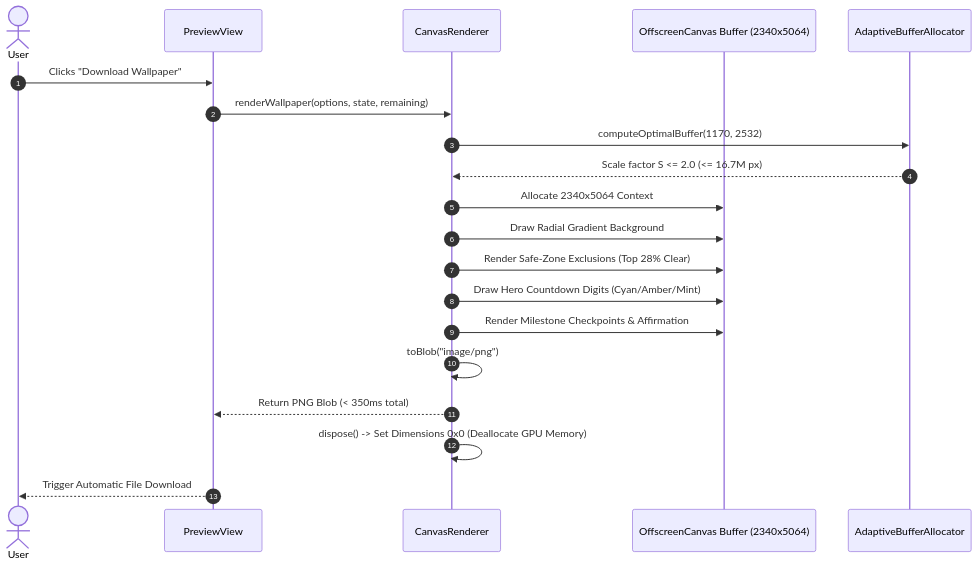
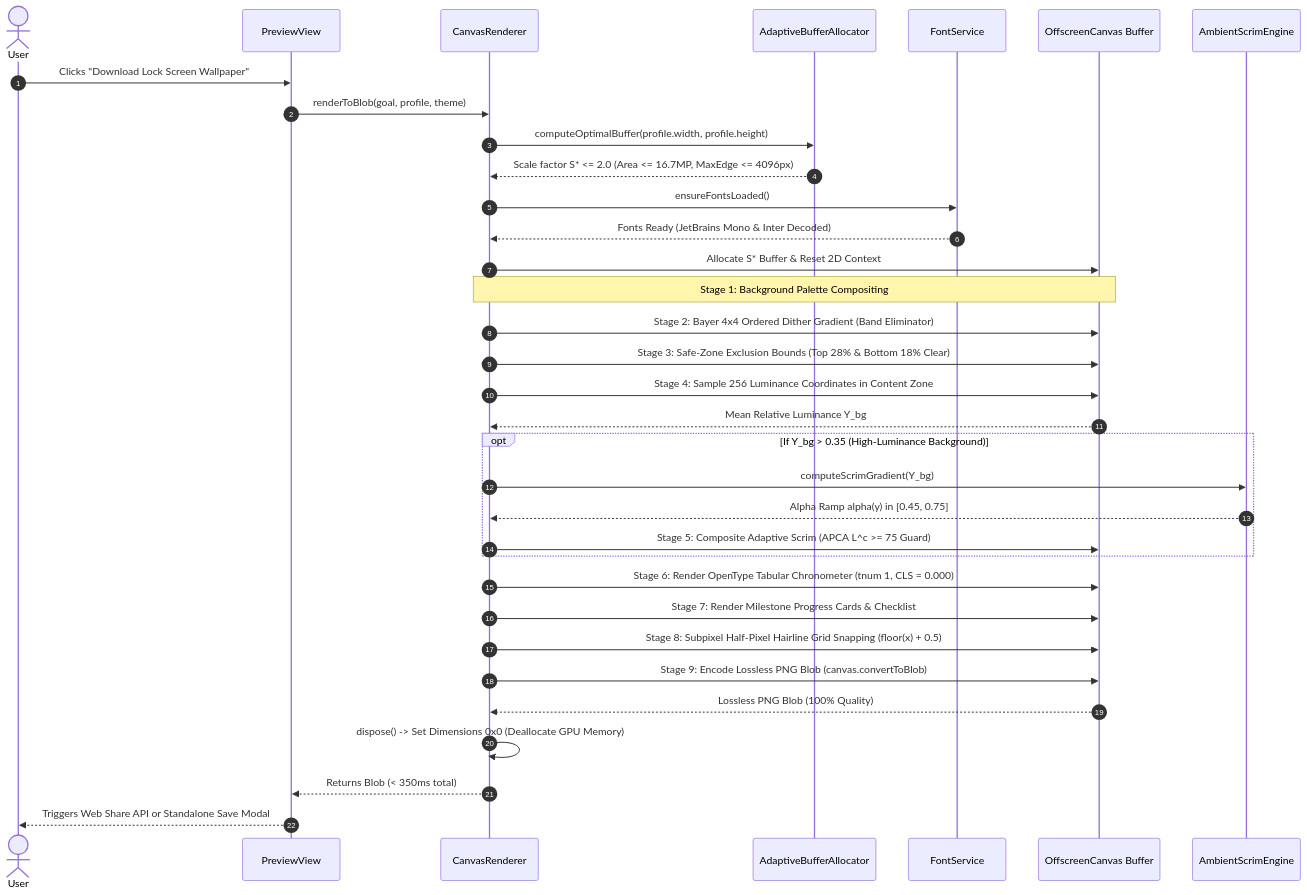
The fourth of 10 diagrams in docs/lld/02-dynamic-interaction-sequences.md (piyushmakhija28/countdown-lockscreen-challenge), drawn with Mermaid before and after one commit. The commit also changed other lines of this file and 69 other files, not shown here.

Commit message:
chore(architecture): deep mathematical blueprint, lld sequence/class & cross-doc gap hardening (v2.3.2) (#8)

````diff
--- a/docs/lld/02-dynamic-interaction-sequences.md
+++ b/docs/lld/02-dynamic-interaction-sequences.md
@@ -104,23 +104,37 @@
 ```mermaid
 sequenceDiagram
     autonumber
     actor User as User
     participant View as PreviewView
     participant Canvas as CanvasRenderer
-    participant GPU as OffscreenCanvas Buffer (2340x5064)
     participant Alloc as AdaptiveBufferAllocator
+    participant Font as FontService
+    participant GPU as OffscreenCanvas Buffer
+    participant Scrim as AmbientScrimEngine
 
-    User->>View: Clicks "Download Wallpaper"
-    View->>Canvas: renderWallpaper(options, state, remaining)
-    Canvas->>Alloc: computeOptimalBuffer(1170, 2532)
-    Alloc-->>Canvas: Scale factor S <= 2.0 (<= 16.7M px)
-    Canvas->>GPU: Allocate 2340x5064 Context
-    Canvas->>GPU: Draw Radial Gradient Background
-    Canvas->>GPU: Render Safe-Zone Exclusions (Top 28% Clear)
-    Canvas->>GPU: Draw Hero Countdown Digits (Cyan/Amber/Mint)
-    Canvas->>GPU: Render Milestone Checkpoints & Affirmation
-    Canvas->>Canvas: toBlob("image/png")
-    Canvas-->>View: Return PNG Blob (< 350ms total)
+    User->>View: Clicks "Download Lock Screen Wallpaper"
+    View->>Canvas: renderToBlob(goal, profile, theme)
+    Canvas->>Alloc: computeOptimalBuffer(profile.width, profile.height)
+    Alloc-->>Canvas: Scale factor S* <= 2.0 (Area <= 16.7MP, MaxEdge <= 4096px)
+    Canvas->>Font: ensureFontsLoaded()
+    Font-->>Canvas: Fonts Ready (JetBrains Mono & Inter Decoded)
+    Canvas->>GPU: Allocate S* Buffer & Reset 2D Context
+    Note over Canvas,GPU: Stage 1: Background Palette Compositing
+    Canvas->>GPU: Stage 2: Bayer 4x4 Ordered Dither Gradient (Band Eliminator)
+    Canvas->>GPU: Stage 3: Safe-Zone Exclusion Bounds (Top 28% & Bottom 18% Clear)
+    Canvas->>GPU: Stage 4: Sample 256 Luminance Coordinates in Content Zone
+    GPU-->>Canvas: Mean Relative Luminance Y_bg
+    opt If Y_bg > 0.35 (High-Luminance Background)
+        Canvas->>Scrim: computeScrimGradient(Y_bg)
+        Scrim-->>Canvas: Alpha Ramp alpha(y) in [0.45, 0.75]
+        Canvas->>GPU: Stage 5: Composite Adaptive Scrim (APCA L^c >= 75 Guard)
+    end
+    Canvas->>GPU: Stage 6: Render OpenType Tabular Chronometer (tnum 1, CLS = 0.000)
+    Canvas->>GPU: Stage 7: Render Milestone Progress Cards & Checklist
+    Canvas->>GPU: Stage 8: Subpixel Half-Pixel Hairline Grid Snapping (floor(x) + 0.5)
+    Canvas->>GPU: Stage 9: Encode Lossless PNG Blob (canvas.convertToBlob)
+    GPU-->>Canvas: Lossless PNG Blob (100% Quality)
     Canvas->>Canvas: dispose() -> Set Dimensions 0x0 (Deallocate GPU Memory)
-    View-->>User: Trigger Automatic File Download
+    Canvas-->>View: Returns Blob (< 350ms total)
+    View-->>User: Triggers Web Share API or Standalone Save Modal
 ```
````
